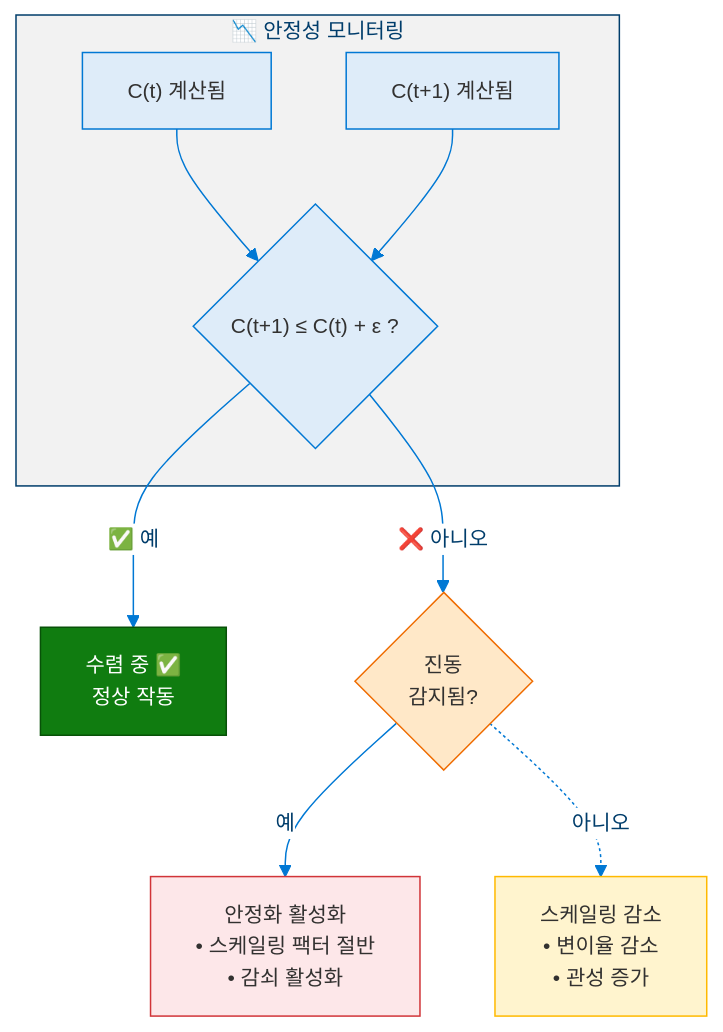
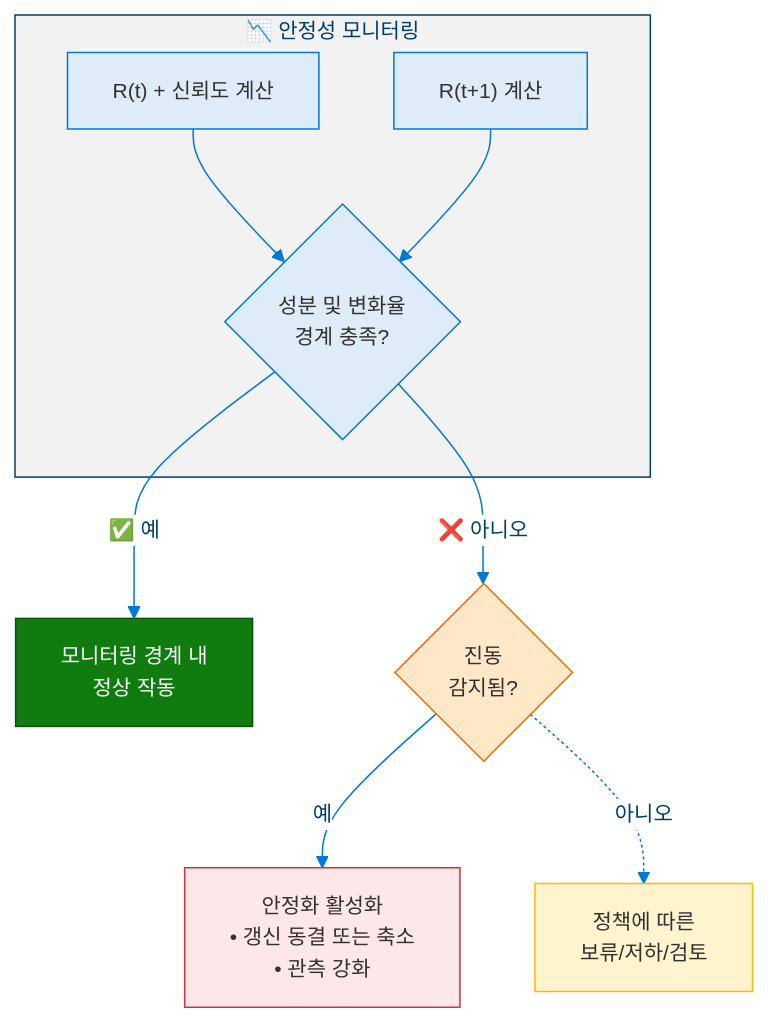
Diagram 13 of 19 in docs/levels/Level_3_Self_Regulating_Agent.ko.md (dotnetpower/mscp), drawn with Mermaid before and after one commit. The commit also changed other lines of this file and 21 other files, not shown here.

````diff
--- a/docs/levels/Level_3_Self_Regulating_Agent.ko.md
+++ b/docs/levels/Level_3_Self_Regulating_Agent.ko.md
@@ -877,27 +980,27 @@
 ```mermaid
 %%{init: {'theme': 'base', 'themeVariables': {'primaryColor': '#0078D4', 'primaryTextColor': '#003D6B', 'primaryBorderColor': '#003D6B', 'secondaryColor': '#50E6FF', 'secondaryTextColor': '#323130', 'secondaryBorderColor': '#00BCF2', 'tertiaryColor': '#F2F2F2', 'tertiaryTextColor': '#323130', 'lineColor': '#0078D4', 'textColor': '#323130', 'mainBkg': '#DEECF9', 'nodeBorder': '#0078D4', 'clusterBkg': '#F2F2F2', 'clusterBorder': '#003D6B', 'titleColor': '#003D6B', 'edgeLabelBackground': '#FFFFFF', 'fontSize': '14px'}}}%%
 flowchart TD
   classDef azure fill:#DEECF9,stroke:#0078D4,color:#323130
   classDef success fill:#107C10,stroke:#085108,color:#FFF
   classDef warning fill:#FFE8C8,stroke:#EF6C00,color:#323130
   classDef danger fill:#FDE7E9,stroke:#D13438,color:#323130
   classDef predict fill:#FFF4CE,stroke:#FFB900,color:#323130
 
   subgraph Monitor["📉 안정성 모니터링"]
-    CT["C(t) 계산됨"]:::azure
-    CT1["C(t+1) 계산됨"]:::azure
-    COMPARE{"C(t+1) ≤ C(t) + ε ?"}:::azure
+    CT["R(t) + 신뢰도 계산"]:::azure
+    CT1["R(t+1) 계산"]:::azure
+    COMPARE{"성분 및 변화율<br/>경계 충족?"}:::azure
     CT --> COMPARE
     CT1 --> COMPARE
   end
 
-  CONV["수렴 중 ✅<br/>정상 작동"]:::success
+  CONV["모니터링 경계 내<br/>정상 작동"]:::success
   OSC{"진동<br/>감지됨?"}:::warning
-  STAB["안정화 활성화<br/>• 스케일링 팩터 절반<br/>• 감쇠 활성화"]:::danger
-  REDUCE["스케일링 감소<br/>• 변이율 감소<br/>• 관성 증가"]:::predict
+  STAB["안정화 활성화<br/>• 갱신 동결 또는 축소<br/>• 관측 강화"]:::danger
+  REDUCE["정책에 따른<br/>보류/저하/검토"]:::predict
 
   COMPARE -->|"✅ 예"| CONV
   COMPARE -->|"❌ 아니오"| OSC
   OSC -->|예| STAB
   OSC -.->|아니오| REDUCE
 ```
````
